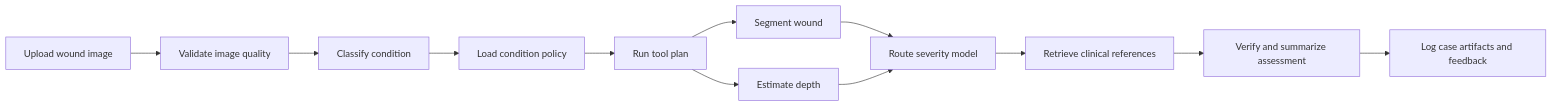
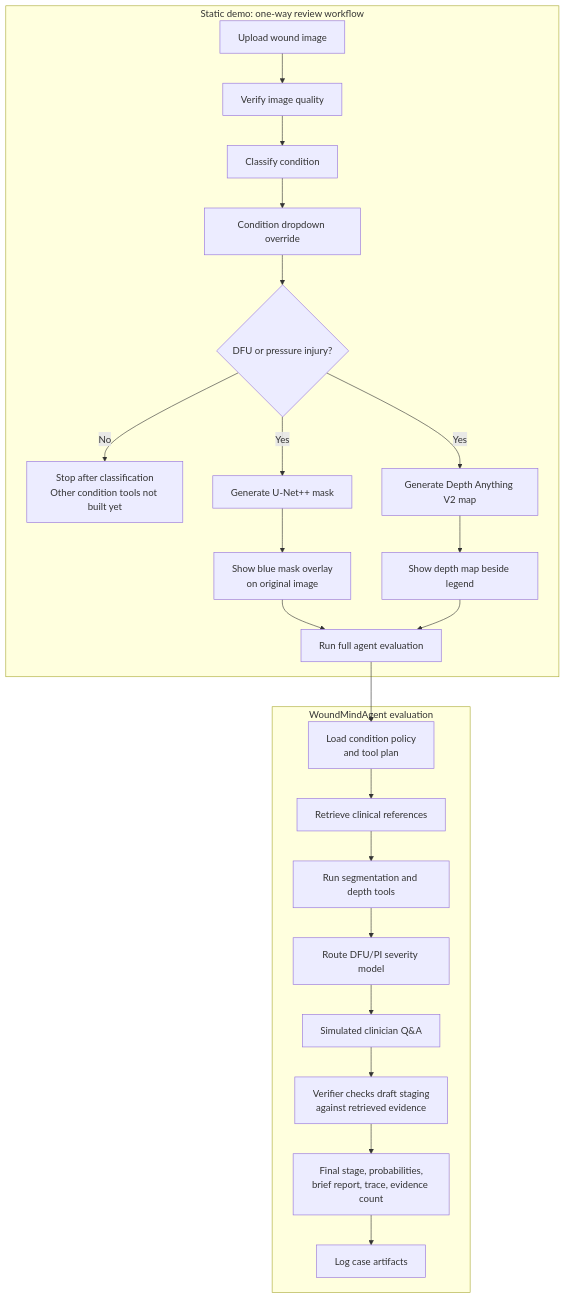
The diagram in README.md (jxia622/WoundMind), drawn with Mermaid before and after one commit. The commit also changed other lines of this file and 2 other files, not shown here.

Commit message:
Update agent workflow documentation

````diff
--- a/README.md
+++ b/README.md
@@ -36,14 +36,27 @@
 ```mermaid
-flowchart LR
-    A["Upload wound image"] --> B["Validate image quality"]
-    B --> C["Classify condition"]
-    C --> D["Load condition policy"]
-    D --> E["Run tool plan"]
-    E --> F["Segment wound"]
-    E --> G["Estimate depth"]
-    F --> H["Route severity model"]
-    G --> H
-    H --> I["Retrieve clinical references"]
-    I --> J["Verify and summarize assessment"]
-    J --> K["Log case artifacts and feedback"]
+flowchart TB
+    subgraph UI["Static demo: one-way review workflow"]
+        A["Upload wound image"] --> B["Verify image quality"]
+        B --> C["Classify condition"]
+        C --> D["Condition dropdown override"]
+        D --> E{"DFU or pressure injury?"}
+        E -- "No" --> F["Stop after classification<br/>Other condition tools not built yet"]
+        E -- "Yes" --> G["Generate U-Net++ mask"]
+        G --> H["Show blue mask overlay<br/>on original image"]
+        E -- "Yes" --> I["Generate Depth Anything V2 map"]
+        I --> J["Show depth map beside legend"]
+        H --> K["Run full agent evaluation"]
+        J --> K
+    end
+
+    subgraph Agent["WoundMindAgent evaluation"]
+        K --> L["Load condition policy<br/>and tool plan"]
+        L --> M["Retrieve clinical references"]
+        M --> N["Run segmentation and depth tools"]
+        N --> O["Route DFU/PI severity model"]
+        O --> P["Simulated clinician Q&A"]
+        P --> Q["Verifier checks draft staging<br/>against retrieved evidence"]
+        Q --> R["Final stage, probabilities,<br/>brief report, trace, evidence count"]
+        R --> S["Log case artifacts"]
+    end
 ```
````
